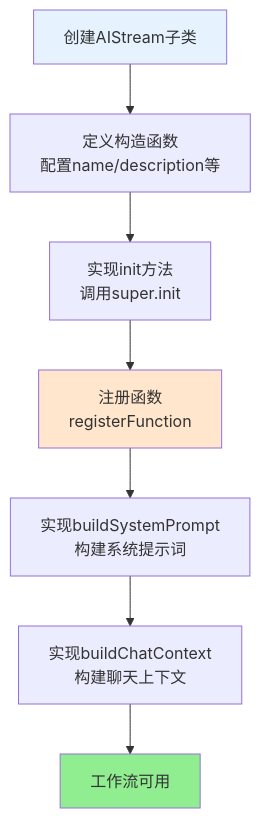
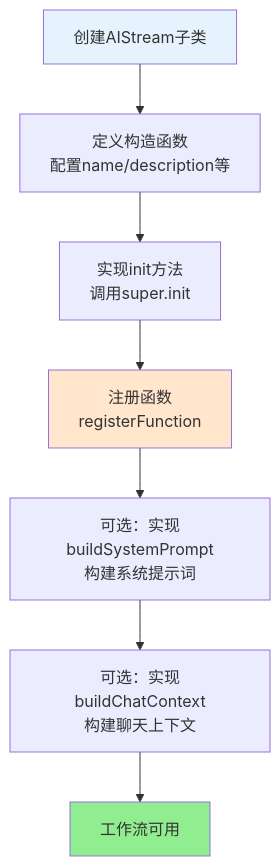
Before and after one commit to sunflowermm/XRK-AGT: diagram 12 of 15 in docs/工作流系统完整文档.md, drawn with Mermaid. The commit also changed other lines of this file and 13 other files, not shown here.

````diff
--- a/docs/工作流系统完整文档.md
+++ b/docs/工作流系统完整文档.md
@@ -471,13 +471,13 @@
 ```mermaid
 flowchart TB
     A["创建AIStream子类"] --> B["定义构造函数<br/>配置name/description等"]
     B --> C["实现init方法<br/>调用super.init"]
     C --> D["注册函数<br/>registerFunction"]
-    D --> E["实现buildSystemPrompt<br/>构建系统提示词"]
-    E --> F["实现buildChatContext<br/>构建聊天上下文"]
+    D --> E["可选：实现buildSystemPrompt<br/>构建系统提示词"]
+    E --> F["可选：实现buildChatContext<br/>构建聊天上下文"]
     F --> G["工作流可用"]
     
     style A fill:#E6F3FF
     style D fill:#FFE6CC
     style G fill:#90EE90
 ```
````
